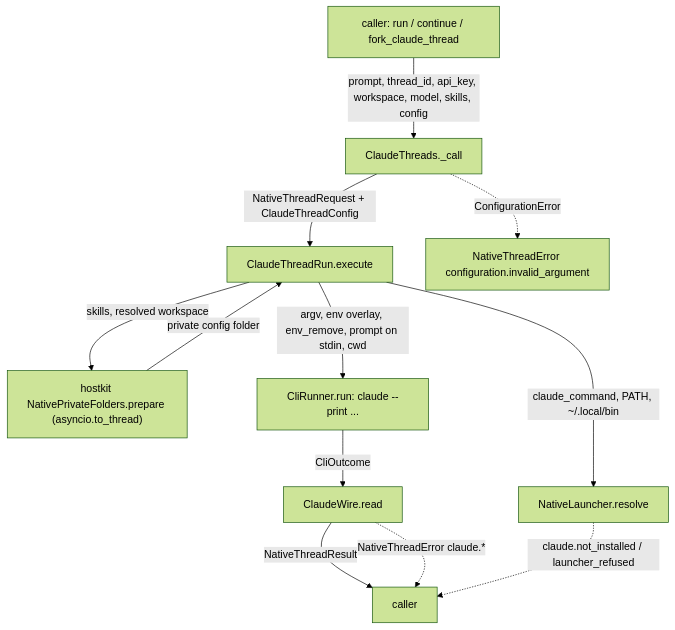
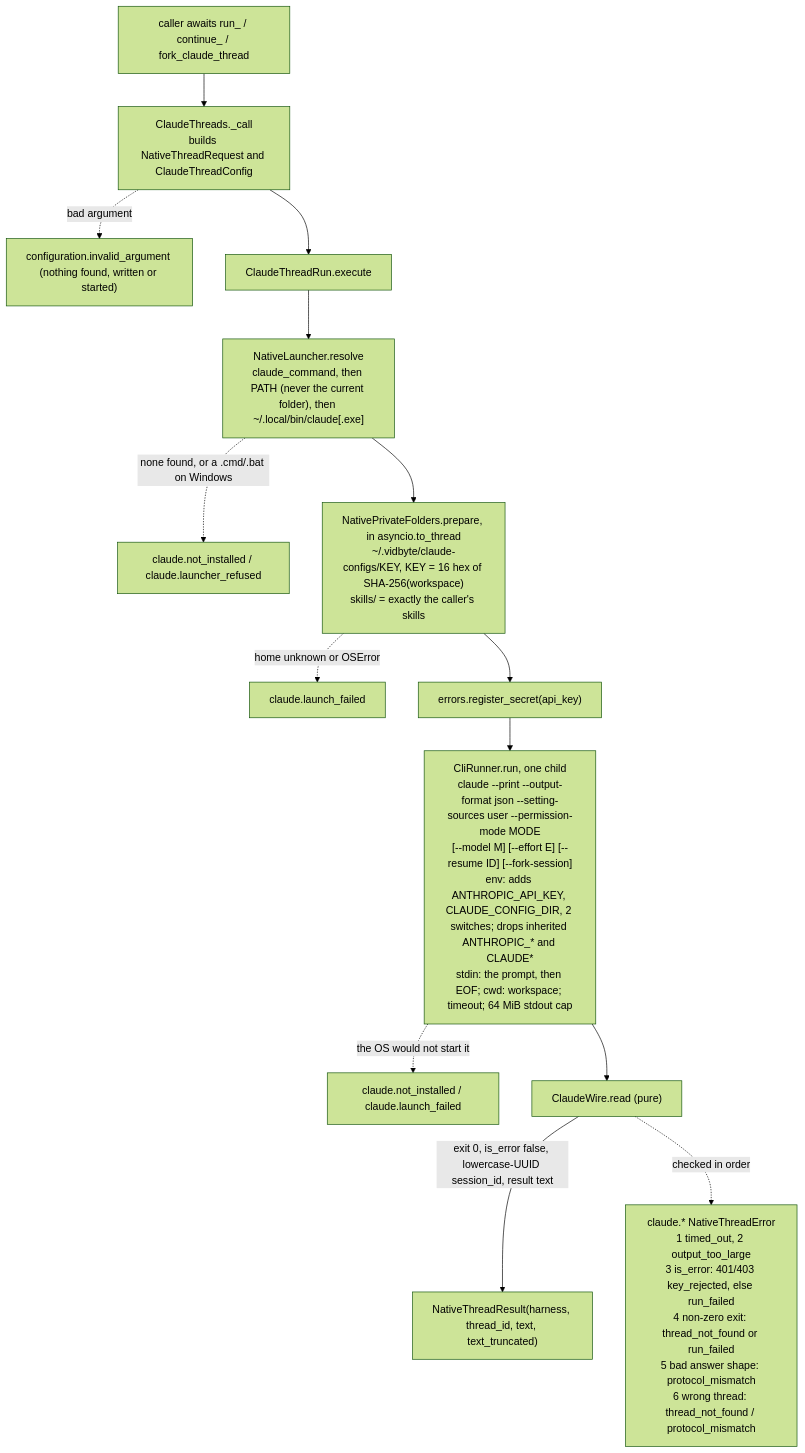
The first of 2 diagrams in docs/spec/claude-thread-functions/spec.md (cerredz/Vidbyte-SDK), drawn with Mermaid (forest theme) before and after one commit. The commit also changed other lines of this file and 1 other file, not shown here.

Commit message:
docs(spec): finalize claude-thread-functions for PR

````diff
--- a/docs/spec/claude-thread-functions/spec.md
+++ b/docs/spec/claude-thread-functions/spec.md
@@ -103,14 +103,16 @@
 ```mermaid
 flowchart TD
-  A["caller: run / continue / fork_claude_thread"] -->|"prompt, thread_id, api_key, workspace, model, skills, config"| B["ClaudeThreads._call"]
-  B -->|"NativeThreadRequest + ClaudeThreadConfig"| C["ClaudeThreadRun.execute"]
-  B -.->|"ConfigurationError"| X["NativeThreadError configuration.invalid_argument"]
-  C -->|"claude_command, PATH, ~/.local/bin"| D["NativeLauncher.resolve"]
-  C -->|"skills, resolved workspace"| E["hostkit NativePrivateFolders.prepare (asyncio.to_thread)"]
-  E -->|"private config folder"| C
-  C -->|"argv, env overlay, env_remove, prompt on stdin, cwd"| F["CliRunner.run: claude --print ..."]
-  F -->|"CliOutcome"| G["ClaudeWire.read"]
-  G -->|"NativeThreadResult"| R["caller"]
-  G -.->|"NativeThreadError claude.*"| R
-  D -.->|"claude.not_installed / launcher_refused"| R
+  A["caller awaits run_ / continue_ / fork_claude_thread"] --> B["ClaudeThreads._call<br/>builds NativeThreadRequest and ClaudeThreadConfig"]
+  B -.->|"bad argument"| E1["configuration.invalid_argument (nothing found, written or started)"]
+  B --> C["ClaudeThreadRun.execute"]
+  C --> D["NativeLauncher.resolve<br/>claude_command, then PATH (never the current folder), then ~/.local/bin/claude[.exe]"]
+  D -.->|"none found, or a .cmd/.bat on Windows"| E2["claude.not_installed / claude.launcher_refused"]
+  D --> F["NativePrivateFolders.prepare, in asyncio.to_thread<br/>~/.vidbyte/claude-configs/KEY, KEY = 16 hex of SHA-256(workspace)<br/>skills/ = exactly the caller's skills"]
+  F -.->|"home unknown or OSError"| E3["claude.launch_failed"]
+  F --> G["errors.register_secret(api_key)"]
+  G --> H["CliRunner.run, one child<br/>claude --print --output-format json --setting-sources user --permission-mode MODE<br/>[--model M] [--effort E] [--resume ID] [--fork-session]<br/>env: adds ANTHROPIC_API_KEY, CLAUDE_CONFIG_DIR, 2 switches; drops inherited ANTHROPIC_* and CLAUDE*<br/>stdin: the prompt, then EOF; cwd: workspace; timeout; 64 MiB stdout cap"]
+  H -.->|"the OS would not start it"| E4["claude.not_installed / claude.launch_failed"]
+  H --> I["ClaudeWire.read (pure)"]
+  I -->|"exit 0, is_error false, lowercase-UUID session_id, result text"| R["NativeThreadResult(harness, thread_id, text, text_truncated)"]
+  I -.->|"checked in order"| E5["claude.* NativeThreadError<br/>1 timed_out, 2 output_too_large<br/>3 is_error: 401/403 key_rejected, else run_failed<br/>4 non-zero exit: thread_not_found or run_failed<br/>5 bad answer shape: protocol_mismatch<br/>6 wrong thread: thread_not_found / protocol_mismatch"]
 ```
````
